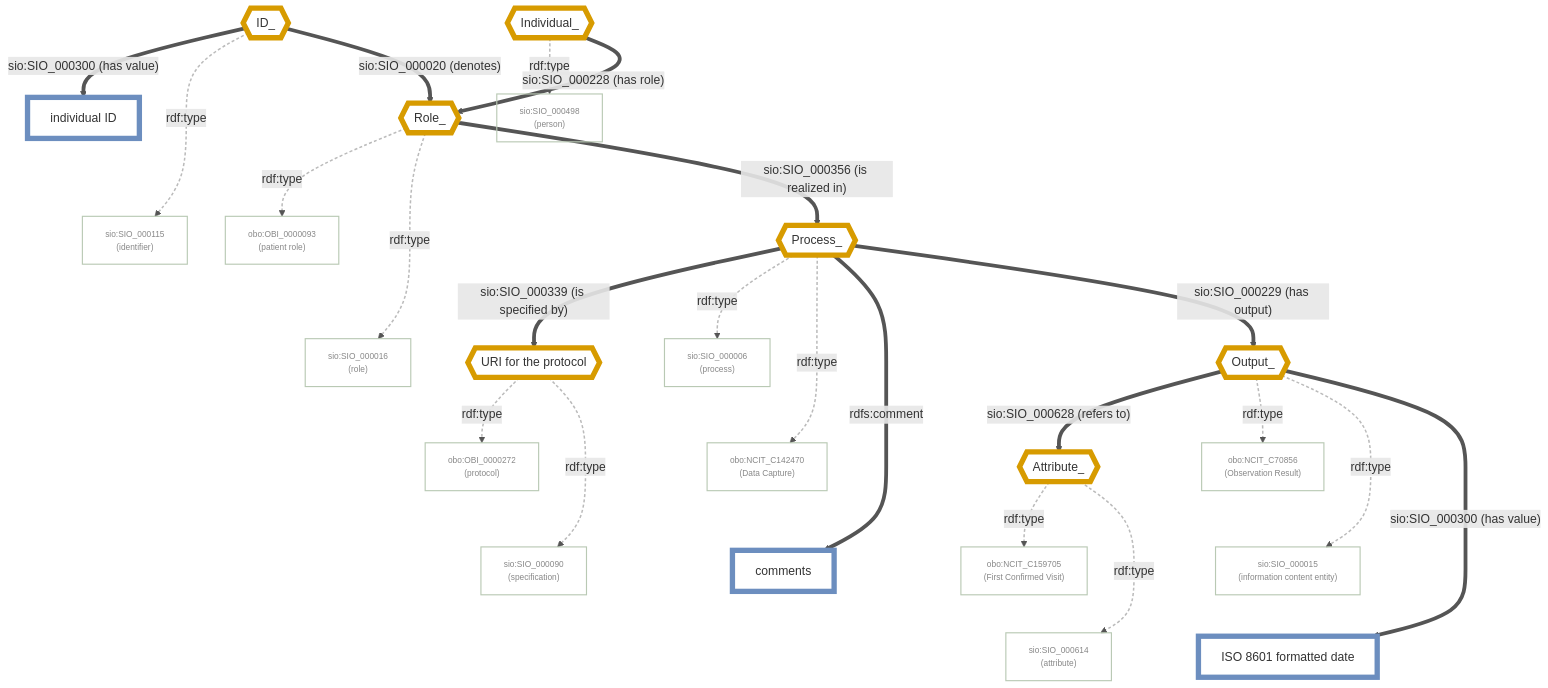
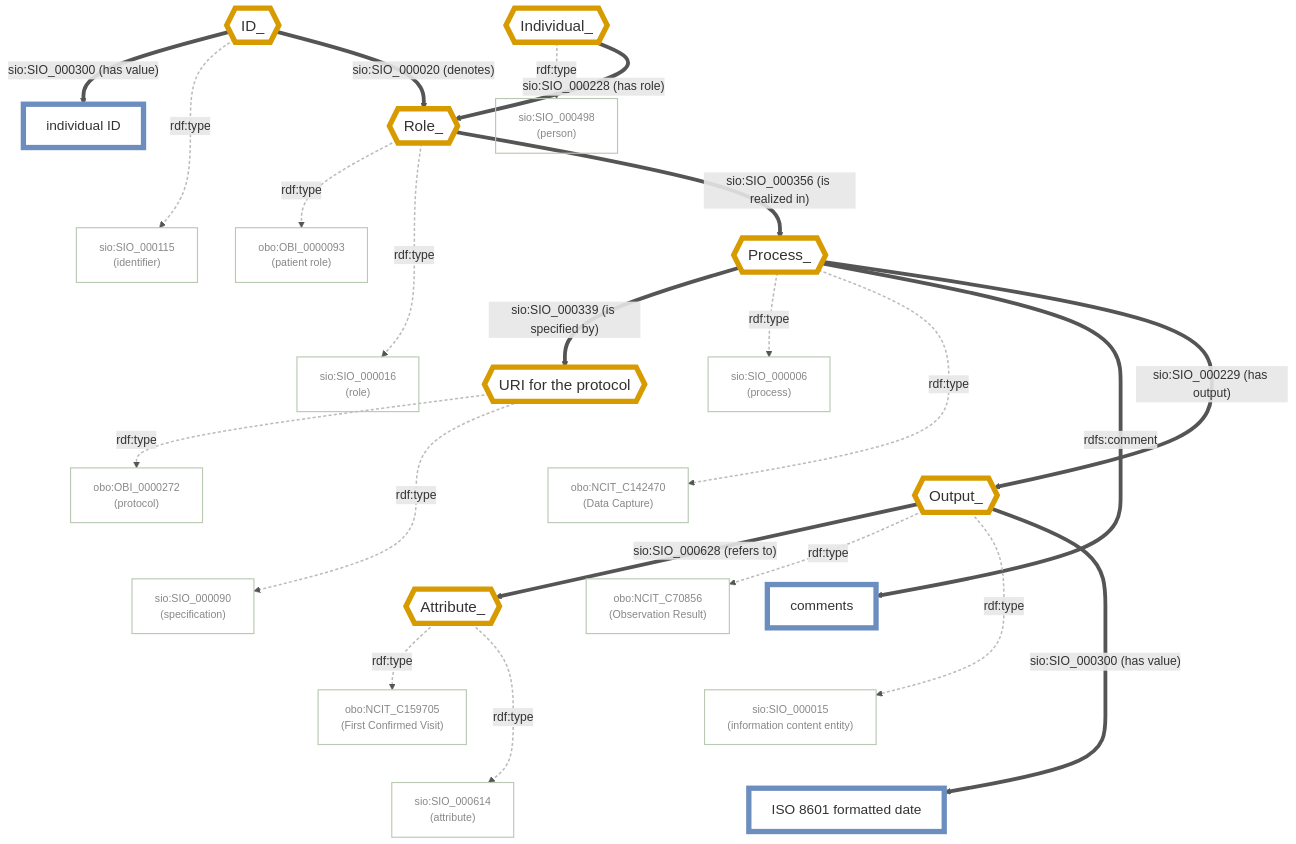
The diagram in diagrams/CARE-SM-obo-First_visit.md (wilkinsonlab/CARE-Semantic-Model-Version-2), drawn with Mermaid before and after one commit. The commit also changed 29 other files, not shown here.

````diff
--- a/diagrams/CARE-SM-obo-First_visit.md
+++ b/diagrams/CARE-SM-obo-First_visit.md
@@ -16,76 +16,77 @@
 ```mermaid
 flowchart TD
-    classDef usedInstance fill:#ffffff,stroke:#d79b00,stroke-width:7px,color:#333
-    classDef classNode fill:transparent,stroke:#b9c9b4,stroke-width:1.5px,color:#888,font-size:11px
-    classDef dataValue fill:#ffffff,stroke:#6c8ebf,stroke-width:7px,color:#333
+    classDef usedInstance fill:#ffffff,stroke:#d79b00,stroke-width:7px,color:#333,font-size:20px
+    classDef classNode fill:transparent,stroke:#b9c9b4,stroke-width:1.5px,color:#888,font-size:14px
+    classDef dataValue fill:#ffffff,stroke:#6c8ebf,stroke-width:7px,color:#333,font-size:18px
     linkStyle default stroke:#555,stroke-width:5px
 
     %% Instances
     ID_{{ID_}}:::usedInstance
     Individual_{{Individual_}}:::usedInstance
     Role_{{Role_}}:::usedInstance
     Process_{{Process_}}:::usedInstance
     Output_{{Output_}}:::usedInstance
     Attribute_{{Attribute_}}:::usedInstance
     URIProtocol{{"URI for the protocol"}}:::usedInstance
 
     %% Classes
     SIO_000115["sio:SIO_000115<br/>(identifier)"]:::classNode
     SIO_000498["sio:SIO_000498<br/>(person)"]:::classNode
     OBI_0000093["obo:OBI_0000093<br/>(patient role)"]:::classNode
     SIO_000016["sio:SIO_000016<br/>(role)"]:::classNode
     SIO_000006["sio:SIO_000006<br/>(process)"]:::classNode
     NCIT_C142470["obo:NCIT_C142470<br/>(Data Capture)"]:::classNode
     OBI_0000272["obo:OBI_0000272<br/>(protocol)"]:::classNode
     SIO_000090["sio:SIO_000090<br/>(specification)"]:::classNode
     SIO_000015["sio:SIO_000015<br/>(information content entity)"]:::classNode
     NCIT_C70856["obo:NCIT_C70856<br/>(Observation Result)"]:::classNode
     NCIT_C159705["obo:NCIT_C159705<br/>(First Confirmed Visit)"]:::classNode
     SIO_000614["sio:SIO_000614<br/>(attribute)"]:::classNode
 
     %% Data values
     IndividualID["individual ID"]:::dataValue
     Comments["comments"]:::dataValue
     ISO8601["ISO 8601 formatted date"]:::dataValue
 
     %% Real edges (indices 0-20)
     ID_ -->|"sio:SIO_000300 (has value)"| IndividualID
     ID_ -->|"rdf:type"| SIO_000115
     ID_ -->|"sio:SIO_000020 (denotes)"| Role_
 
     Individual_ -->|"rdf:type"| SIO_000498
     Individual_ -->|"sio:SIO_000228 (has role)"| Role_
 
     Role_ -->|"rdf:type"| OBI_0000093
     Role_ -->|"rdf:type"| SIO_000016
     Role_ -->|"sio:SIO_000356 (is realized in)"| Process_
 
     Process_ -->|"sio:SIO_000339 (is specified by)"| URIProtocol
     Process_ -->|"rdf:type"| SIO_000006
     Process_ -->|"rdf:type"| NCIT_C142470
     Process_ -->|"rdfs:comment"| Comments
     Process_ -->|"sio:SIO_000229 (has output)"| Output_
 
     URIProtocol -->|"rdf:type"| OBI_0000272
     URIProtocol -->|"rdf:type"| SIO_000090
 
     Output_ -->|"sio:SIO_000628 (refers to)"| Attribute_
     Output_ -->|"rdf:type"| NCIT_C70856
     Output_ -->|"rdf:type"| SIO_000015
     Output_ -->|"sio:SIO_000300 (has value)"| ISO8601
 
     Attribute_ -->|"rdf:type"| NCIT_C159705
     Attribute_ -->|"rdf:type"| SIO_000614
 
-    %% Invisible layout-only chains (indices 21-28, hidden below) force siblings into one column
+    %% Invisible layout-only chains (indices 21-29, hidden below) force siblings into one column
     IndividualID ~~~ SIO_000115
     OBI_0000093 ~~~ SIO_000016
     SIO_000006 ~~~ NCIT_C142470 ~~~ Comments
     OBI_0000272 ~~~ SIO_000090
     NCIT_C70856 ~~~ SIO_000015 ~~~ ISO8601
     NCIT_C159705 ~~~ SIO_000614
 
+    URIProtocol ~~~ Output_
     %% rdf:type edges (indices 1,3,5,6,9,10,13,14,16,17,19,20) de-emphasized so the structural backbone stands out
     linkStyle 1,3,5,6,9,10,13,14,16,17,19,20 stroke:#bbb,stroke-width:2px,stroke-dasharray:4 3
-    linkStyle 21,22,23,24,25,26,27,28 stroke:none
+    linkStyle 21,22,23,24,25,26,27,28,29 stroke:none
 ```
````
